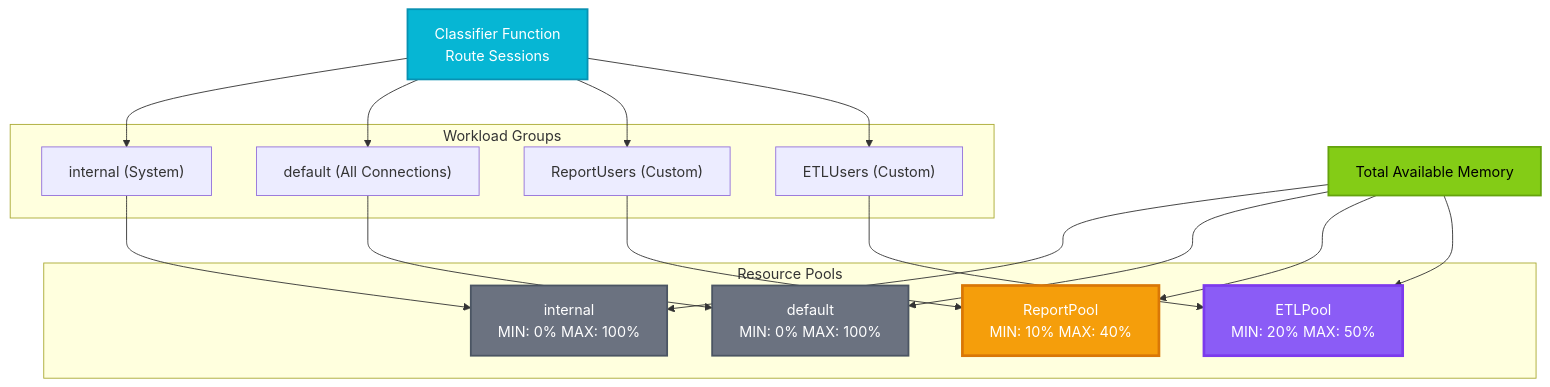
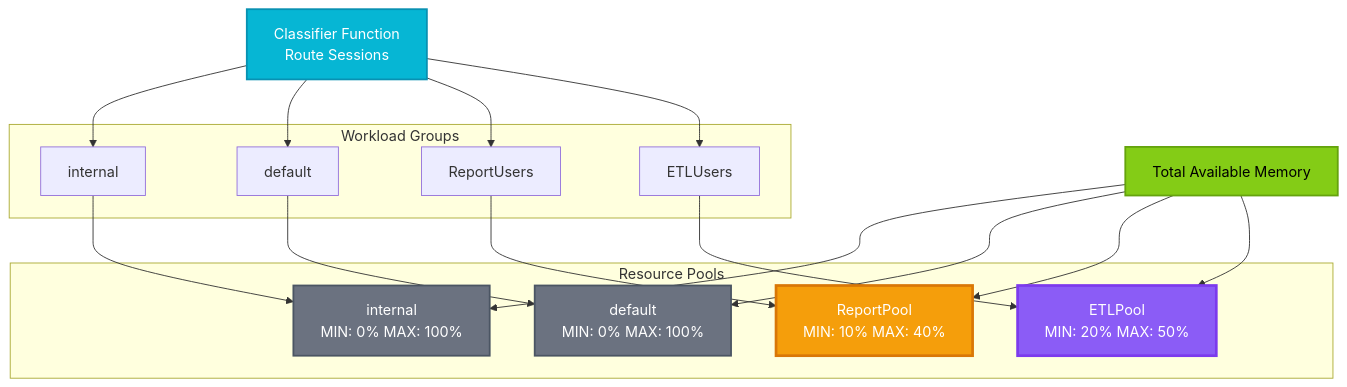
One commit to phakkhaphong/sql-server-performance-tuning changed the fourth of 7 diagrams in Module_04_Memory/README.md. Above: the diagram before and after it, drawn with Mermaid. The commit also changed other lines of this file, not shown here.

Commit message:
Standardize terminology and remove HTML line breaks in README diagrams for SQL Server Memory Models, enhancing clarity and consistency in visual representation.

````diff
--- a/Module_04_Memory/README.md
+++ b/Module_04_Memory/README.md
@@ -206,52 +206,52 @@
 ```mermaid
 flowchart TB
     CF["Classifier Function<br/>Route Sessions"]
     
     SpacerRG1[ ]
     
     subgraph WorkloadGroups["Workload Groups"]
-        WG1["internal (System)"]
-        WG2["default (All Connections)"]
-        WG3["ReportUsers (Custom)"]
-        WG4["ETLUsers (Custom)"]
+        WG1["internal"]
+        WG2["default"]
+        WG3["ReportUsers"]
+        WG4["ETLUsers"]
     end
     
     SpacerRG2[ ]
     
     subgraph ResourcePools["Resource Pools"]
         RP1["internal<br/>MIN: 0% MAX: 100%"]
         RP2["default<br/>MIN: 0% MAX: 100%"]
         RP3["ReportPool<br/>MIN: 10% MAX: 40%"]
         RP4["ETLPool<br/>MIN: 20% MAX: 50%"]
     end
     
     SpacerRG3[ ]
     
     TotalMem["Total Available Memory"]
     
     CF --> WG1
     CF --> WG2
     CF --> WG3
     CF --> WG4
     
     WG1 --> RP1
     WG2 --> RP2
     WG3 --> RP3
     WG4 --> RP4
     
     TotalMem --> RP1
     TotalMem --> RP2
     TotalMem --> RP3
     TotalMem --> RP4
     
     style SpacerRG1 fill:transparent,stroke:transparent,color:transparent
     style SpacerRG2 fill:transparent,stroke:transparent,color:transparent
     style SpacerRG3 fill:transparent,stroke:transparent,color:transparent
     
     style RP3 fill:#f59e0b,stroke:#d97706,stroke-width:3px,color:#fff
     style RP4 fill:#8b5cf6,stroke:#7c3aed,stroke-width:3px,color:#fff
     style RP1 fill:#6b7280,stroke:#4b5563,stroke-width:2px,color:#fff
     style RP2 fill:#6b7280,stroke:#4b5563,stroke-width:2px,color:#fff
     style CF fill:#06b6d4,stroke:#0891b2,stroke-width:2px,color:#fff
     style TotalMem fill:#84cc16,stroke:#65a30d,stroke-width:2px,color:#000
 ```
````
